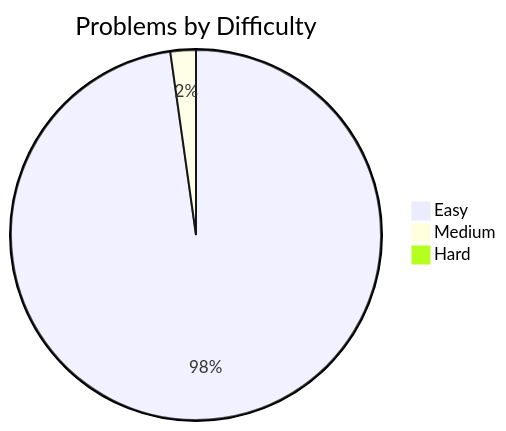
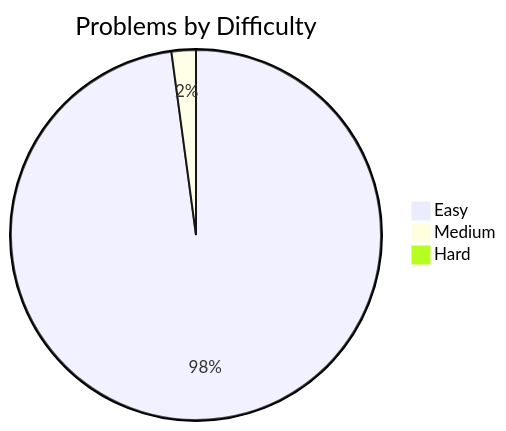
Before and after one commit to davelin18yufan/leetcode-journal: the diagram in README.md, drawn with Mermaid. The commit also changed other lines of this file and 5 other files, not shown here.

````diff
--- a/README.md
+++ b/README.md
@@ -7,7 +7,7 @@
 ```mermaid
 pie
     title Problems by Difficulty
-    "Easy" : 44
+    "Easy" : 46
     "Medium" : 1
     "Hard" : 0
 ```
````
